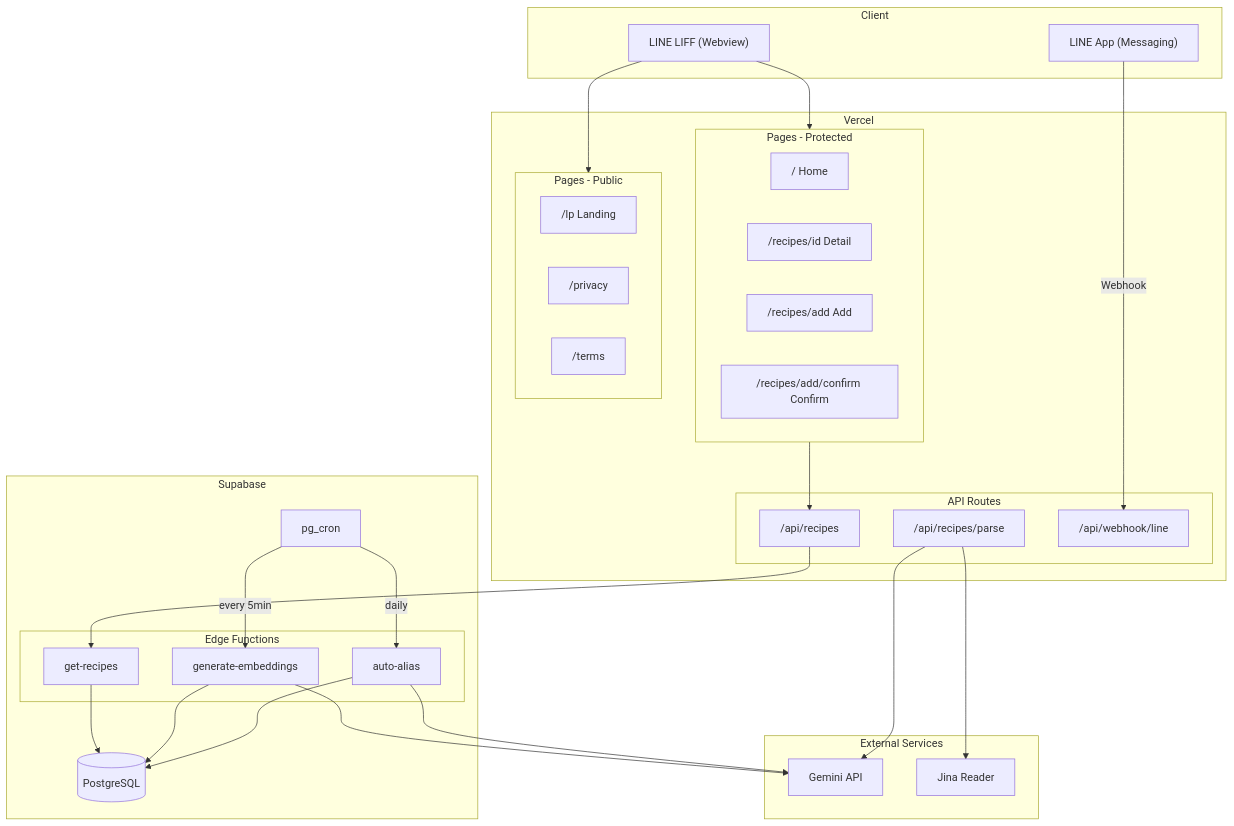
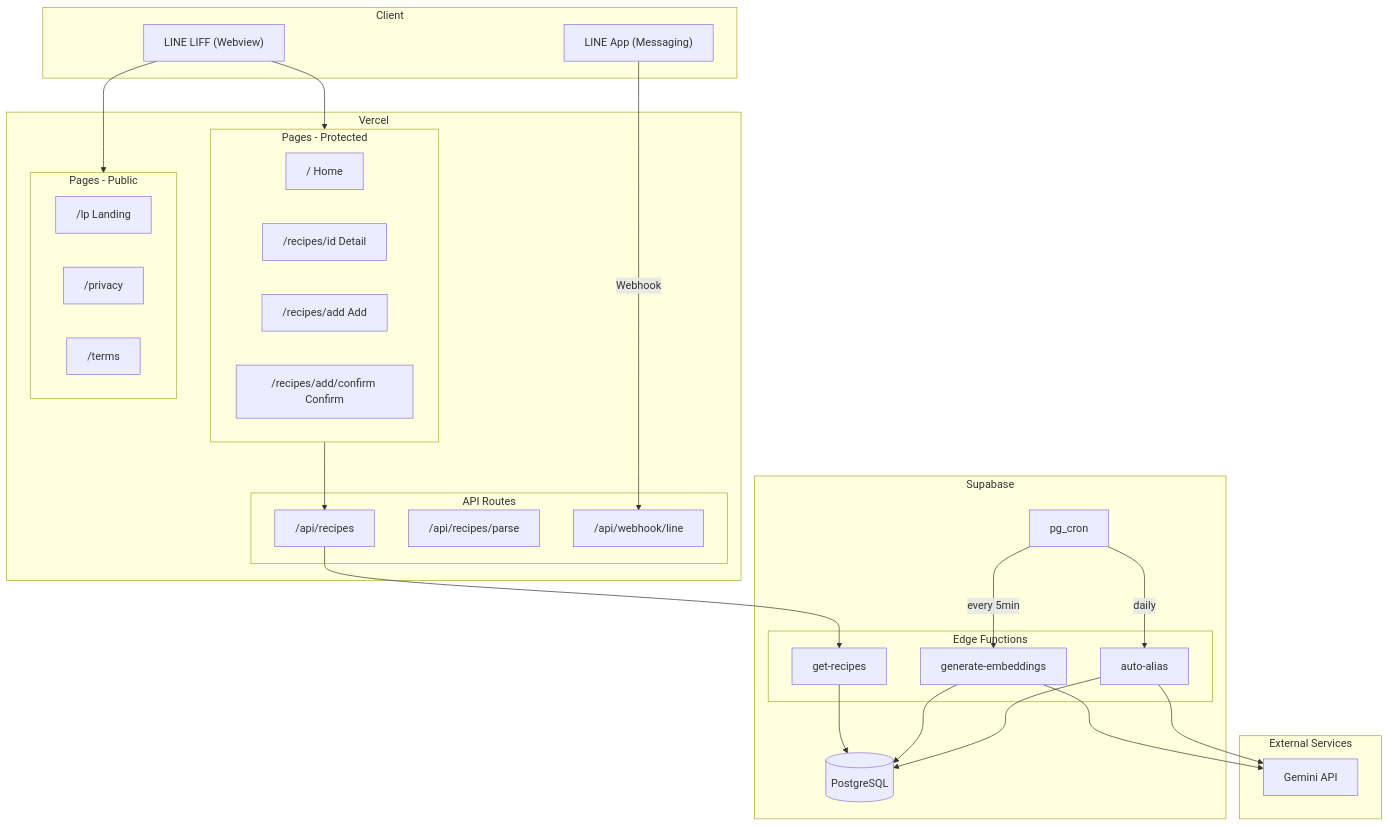
The first of 11 diagrams in docs/ARCHITECTURE.md (mktu/recipe-app), drawn with Mermaid before and after one commit. The commit also changed other lines of this file and 7 other files, not shown here.

First line of the commit message:
fix: Jina Reader + Gemini フォールバックを廃止し法的リスクを解消 (Issue #47)

````diff
--- a/docs/ARCHITECTURE.md
+++ b/docs/ARCHITECTURE.md
@@ -144,63 +143,60 @@
 ```mermaid
 graph TB
     subgraph Client["Client"]
         LIFF["LINE LIFF (Webview)"]
         LINEApp["LINE App (Messaging)"]
     end
 
     subgraph Vercel["Vercel"]
         subgraph Pages["Pages - Protected"]
             Home["/ Home"]
             Detail["/recipes/id Detail"]
             Add["/recipes/add Add"]
             Confirm["/recipes/add/confirm Confirm"]
         end
 
         subgraph Public["Pages - Public"]
             LP["/lp Landing"]
             Privacy["/privacy"]
             Terms["/terms"]
         end
 
         subgraph APIRoutes["API Routes"]
             RecipeAPI["/api/recipes"]
             ParseAPI["/api/recipes/parse"]
             WebhookAPI["/api/webhook/line"]
         end
     end
 
     subgraph Supabase["Supabase"]
         DB[("PostgreSQL")]
 
         subgraph EdgeFunctions["Edge Functions"]
             GetRecipes["get-recipes"]
             GenEmbed["generate-embeddings"]
             AutoAlias["auto-alias"]
         end
 
         Cron["pg_cron"]
     end
 
     subgraph External["External Services"]
         Gemini["Gemini API"]
-        Jina["Jina Reader"]
     end
 
     LIFF --> Pages
     LIFF --> Public
     LINEApp -->|Webhook| WebhookAPI
 
     Pages --> RecipeAPI
     RecipeAPI --> GetRecipes
-    ParseAPI --> Jina
-    ParseAPI --> Gemini
 
     GetRecipes --> DB
     GenEmbed --> DB
     GenEmbed --> Gemini
     AutoAlias --> DB
     AutoAlias --> Gemini
 
     Cron -->|every 5min| GenEmbed
     Cron -->|daily| AutoAlias
 ```
````
